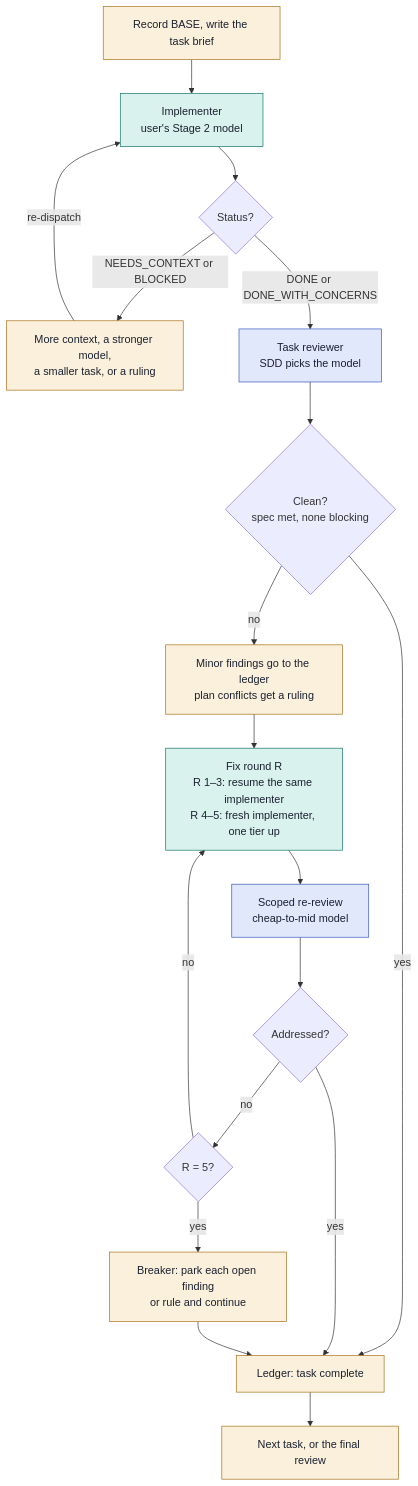
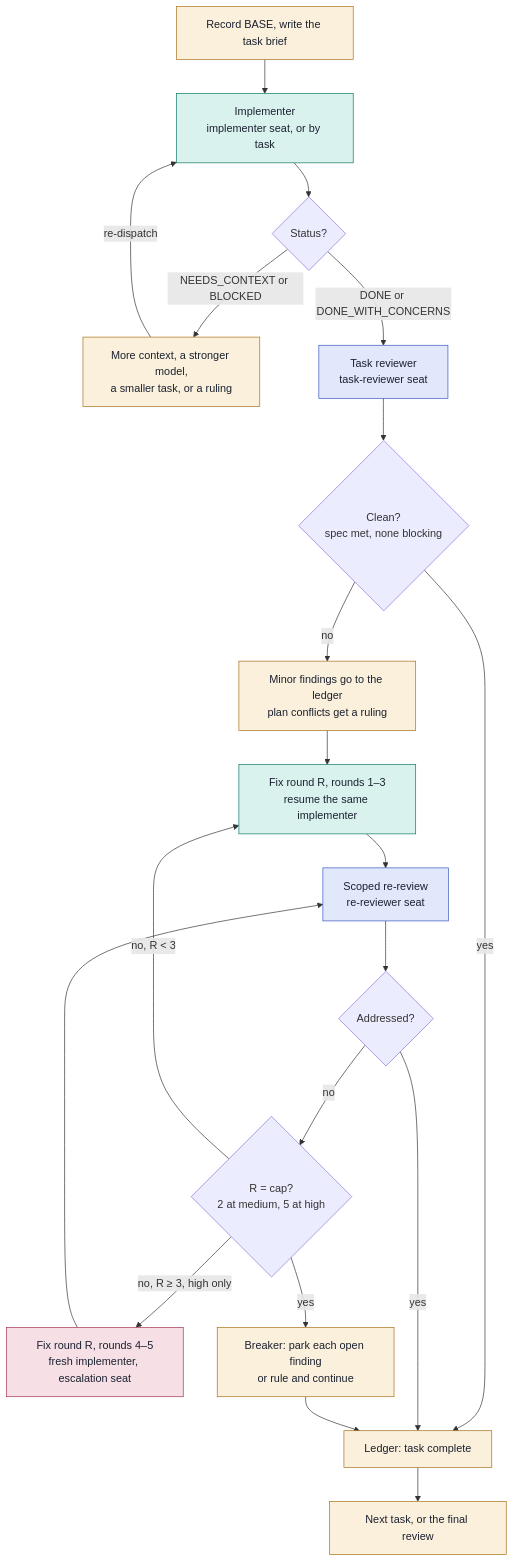
One commit to ismail9k/skills changed the third of 6 diagrams in docs/implement-issues-flow.md. Above: the diagram before and after it, drawn with Mermaid. The commit also changed other lines of this file, not shown here.

````diff
--- a/docs/implement-issues-flow.md
+++ b/docs/implement-issues-flow.md
@@ -189,27 +274,31 @@
 ```mermaid
 flowchart TD
-    A["Record BASE, write the task brief"] --> B["Implementer<br/>user's Stage 2 model"]
+    A["Record BASE, write the task brief"] --> B["Implementer<br/>implementer seat, or by task"]
     B --> C{Status?}
     C -- "NEEDS_CONTEXT or BLOCKED" --> X["More context, a stronger model,<br/>a smaller task, or a ruling"]
     X -- "re-dispatch" --> B
-    C -- "DONE or DONE_WITH_CONCERNS" --> D["Task reviewer<br/>SDD picks the model"]
+    C -- "DONE or DONE_WITH_CONCERNS" --> D["Task reviewer<br/>task-reviewer seat"]
     D --> E{"Clean?<br/>spec met, none blocking"}
     E -- "yes" --> K["Ledger: task complete"]
     E -- "no" --> F["Minor findings go to the ledger<br/>plan conflicts get a ruling"]
-    F --> G["Fix round R<br/>R 1–3: resume the same implementer<br/>R 4–5: fresh implementer, one tier up"]
-    G --> H["Scoped re-review<br/>cheap-to-mid model"]
+    F --> G["Fix round R, rounds 1–3<br/>resume the same implementer"]
+    G --> H["Scoped re-review<br/>re-reviewer seat"]
     H --> J{Addressed?}
     J -- "yes" --> K
-    J -- "no" --> L{"R = 5?"}
-    L -- "no" --> G
+    J -- "no" --> L{"R = cap?<br/>2 at medium, 5 at high"}
+    L -- "no, R < 3" --> G
+    L -- "no, R ≥ 3, high only" --> G2["Fix round R, rounds 4–5<br/>fresh implementer, escalation seat"]
+    G2 --> H
     L -- "yes" --> M["Breaker: park each open finding<br/>or rule and continue"]
     M --> K
     K --> N["Next task, or the final review"]
 
-    classDef session fill:#fbf0dc,stroke:#a8701a,color:#1a2130
-    classDef user fill:#daf2ed,stroke:#0e7566,color:#1a2130
-    classDef sdd fill:#e2e8fb,stroke:#3456c0,color:#1a2130
-    class A,X,F,K,M,N session
-    class B,G user
-    class D,H sdd
+    classDef lead fill:#fbf0dc,stroke:#a8701a,color:#1a2130
+    classDef impl fill:#daf2ed,stroke:#0e7566,color:#1a2130
+    classDef review fill:#e2e8fb,stroke:#3456c0,color:#1a2130
+    classDef esc fill:#f6e0e6,stroke:#a8324e,color:#1a2130
+    class A,X,F,K,M,N lead
+    class B,G impl
+    class D,H review
+    class G2 esc
 ```
````
